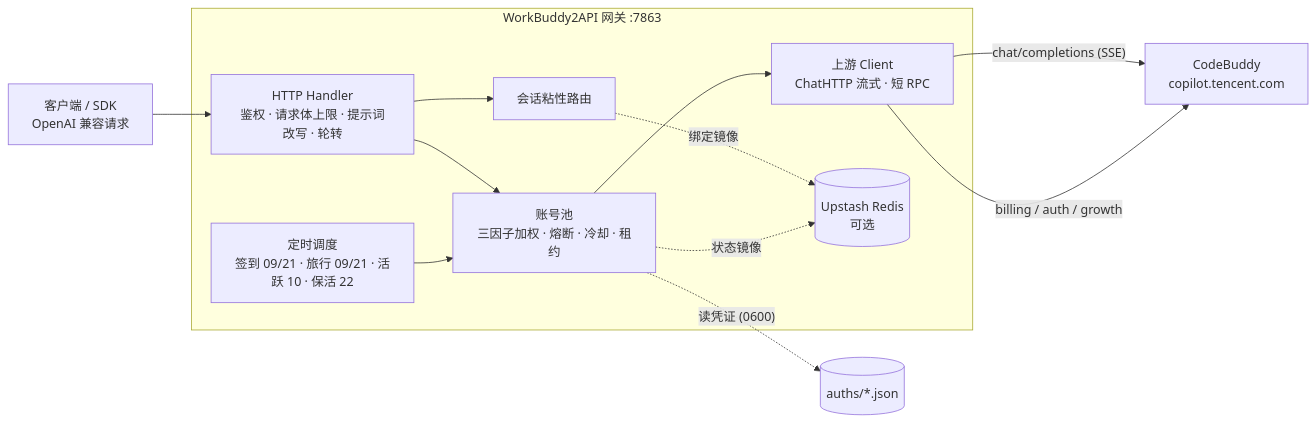
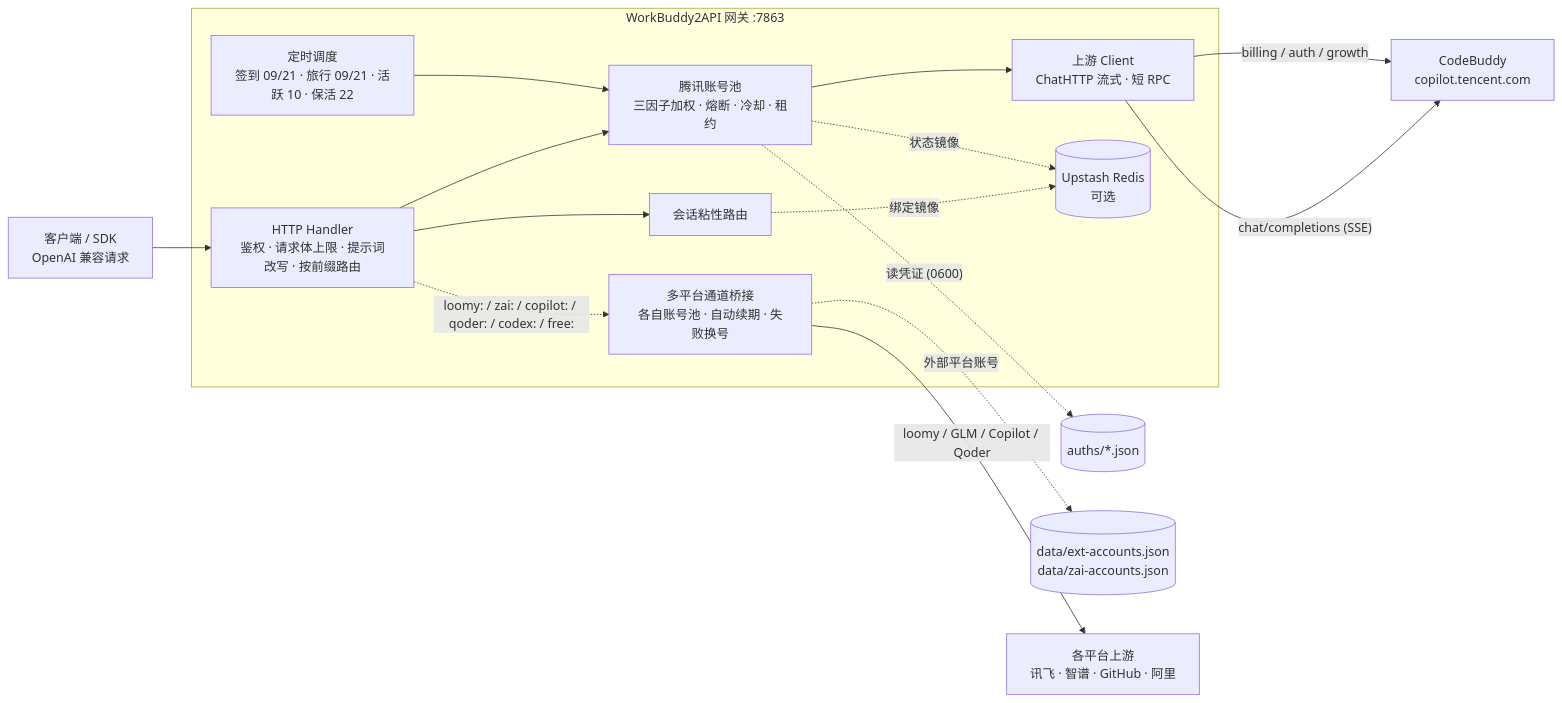
One commit to chipchipss/buddyhub changed the diagram in README.md. Above: the diagram before and after it, drawn with Mermaid. The commit also changed other lines of this file and 21 other files, not shown here.

First line of the commit message:
feat: GitHub Copilot 通道 + 统一入池入口 + README 重写

````diff
--- a/README.md
+++ b/README.md
@@ -226,18 +303,22 @@
 ```mermaid
 flowchart LR
     Client["客户端 / SDK\nOpenAI 兼容请求"] --> H
 
     subgraph GWI["WorkBuddy2API 网关 :7863"]
-        H["HTTP Handler\n鉴权 · 请求体上限 · 提示词改写 · 轮转"] --> P
+        H["HTTP Handler\n鉴权 · 请求体上限 · 提示词改写 · 按前缀路由"] --> P
         H --> S
-        P["账号池\n三因子加权 · 熔断 · 冷却 · 租约"] --> U
+        H -. "loomy: / zai: / copilot: / qoder: / codex: / free:" .-> B
+        P["腾讯账号池\n三因子加权 · 熔断 · 冷却 · 租约"] --> U
         S["会话粘性路由"] -.绑定镜像.-> REDIS
         T["定时调度\n签到 09/21 · 旅行 09/21 · 活跃 10 · 保活 22"] --> P
         U["上游 Client\nChatHTTP 流式 · 短 RPC"]
+        B["多平台通道桥接\n各自账号池 · 自动续期 · 失败换号"]
     end
 
     P -. "读凭证 (0600)" .-> AUTH[("auths/*.json")]
     P -. "状态镜像" .-> REDIS[("Upstash Redis\n可选")]
+    B -. "外部平台账号" .-> EXT[("data/ext-accounts.json\ndata/zai-accounts.json")]
     U -->|"chat/completions (SSE)"| CB["CodeBuddy\ncopilot.tencent.com"]
     U -->|"billing / auth / growth"| CB
+    B -->|"loomy / GLM / Copilot / Qoder"| EXTUP["各平台上游\n讯飞 · 智谱 · GitHub · 阿里"]
 ```
````
